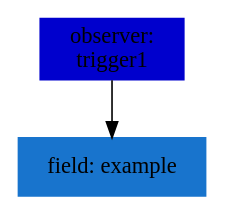
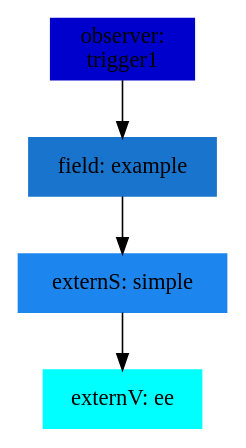
Before and after one commit to Copilot-Language/examplesForACSL: the diagram in example37/main.gv, drawn with Graphviz. The commit also changed 5241 other files, not shown here.

```diff
--- a/example37/main.gv
+++ b/example37/main.gv
@@ -1,10 +1,14 @@
 digraph G {
 node [shape=box]
 
 0 [label="observer: 
 trigger1",color=mediumblue, style=filled]
 1 [label="field: example",color=dodgerblue3, style=filled]
 0 -> 1
+2 [label="externS: simple",color=dodgerblue2, style=filled]
+1 -> 2
+3 [label="externV: ee",color=cyan1, style=filled]
+2 -> 3
 
 
 }
```
